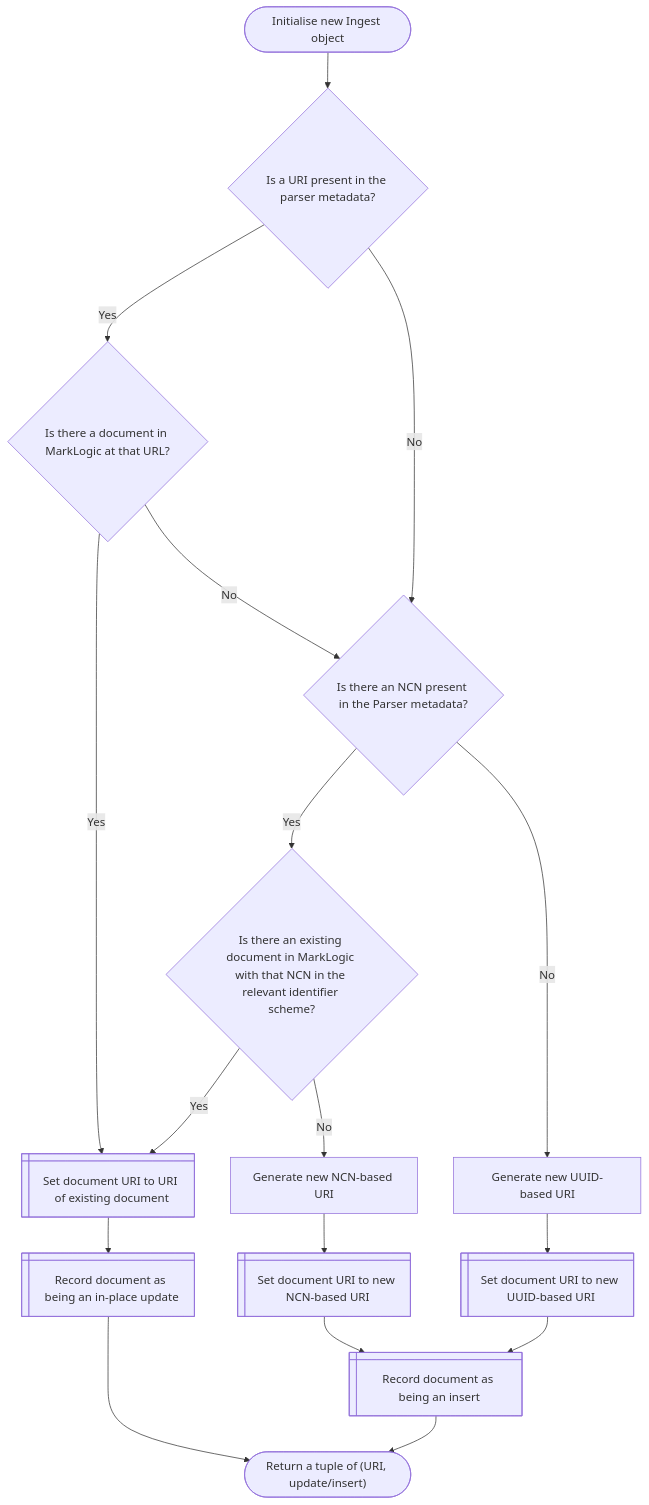
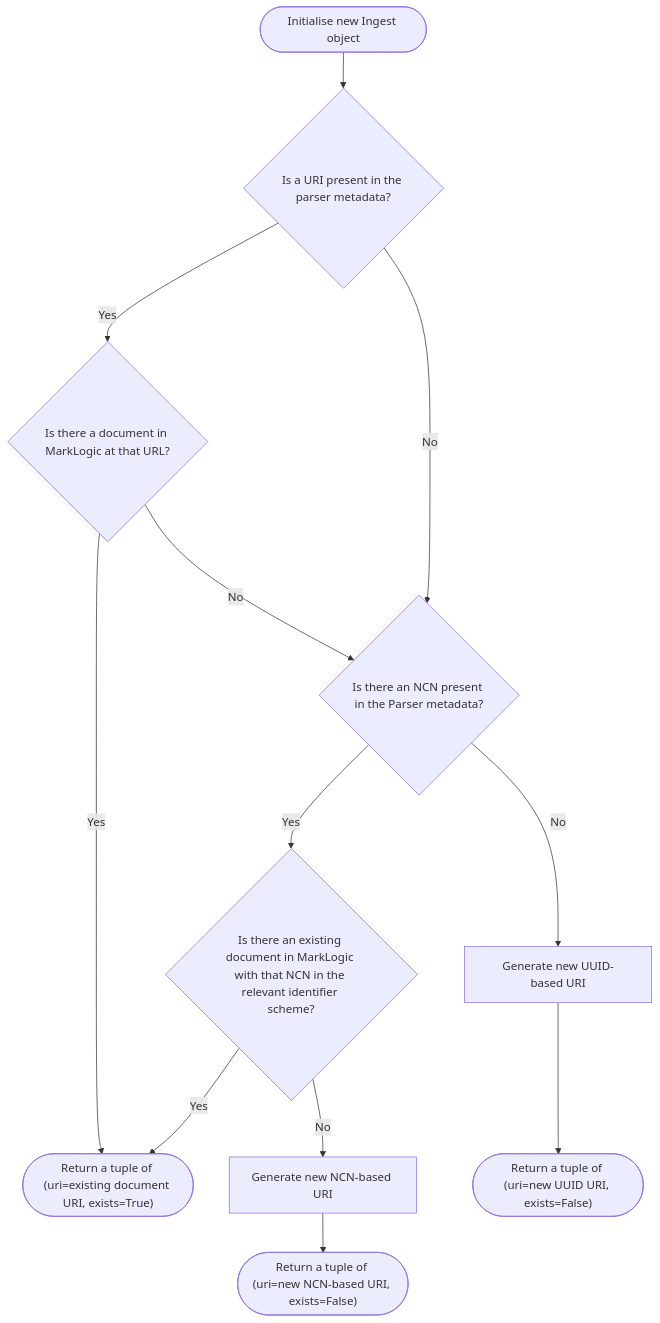
The diagram in docs/uri_logic.md (nationalarchives/ds-caselaw-ingester), drawn with Mermaid before and after one commit. The commit also changed 3 other files, not shown here.

Commit message:
Determine the location in the database that the document comes from in one place

````diff
--- a/docs/uri_logic.md
+++ b/docs/uri_logic.md
@@ -7,53 +7,43 @@
 ```mermaid
 flowchart TD
 
     INIT([Initialise new Ingest object])
 
     INIT --> URI_IN_PARSER_METADATA
 
     URI_IN_PARSER_METADATA{Is a URI present in the parser metadata?}
 
     URI_IN_PARSER_METADATA -- Yes --> EXISTING_DOCUMENT_AT_URI
 
     EXISTING_DOCUMENT_AT_URI{Is there a document in MarkLogic at that URL?}
 
     EXISTING_DOCUMENT_AT_URI -- Yes --> SET_URI_TO_EXISTING_DOC
 
-    SET_URI_TO_EXISTING_DOC --> TOGGLE_UPDATE_STATE
 
-    TOGGLE_UPDATE_STATE@{ shape: win-pane, label: "Record document as being an in-place update" }
 
     URI_IN_PARSER_METADATA -- No --> DOCUMENT_HAS_NCN
     EXISTING_DOCUMENT_AT_URI -- No --> DOCUMENT_HAS_NCN
 
     DOCUMENT_HAS_NCN{Is there an NCN present in the Parser metadata?}
 
     DOCUMENT_HAS_NCN -- Yes --> EXISTING_DOCUMENT_AT_NCN
 
     EXISTING_DOCUMENT_AT_NCN{Is there an existing document in MarkLogic with that NCN in the relevant identifier scheme?}
 
     EXISTING_DOCUMENT_AT_NCN -- Yes --> SET_URI_TO_EXISTING_DOC
 
-    SET_URI_TO_EXISTING_DOC@{ shape: win-pane, label: "Set document URI to URI of existing document" }
+    SET_URI_TO_EXISTING_DOC(["Return a tuple of (uri=existing document URI, exists=True)"])
 
     DOCUMENT_HAS_NCN -- No --> GENERATE_UUID_URI
 
     GENERATE_NCN_URI[Generate new NCN-based URI]
     GENERATE_NCN_URI --> SET_URI_TO_NCN
-    SET_URI_TO_NCN@{ shape: win-pane, label: "Set document URI to new NCN-based URI" }
-    SET_URI_TO_NCN --> TOGGLE_INSERT_STATE
+    SET_URI_TO_NCN(["Return a tuple of (uri=new NCN-based URI, exists=False)"])
 
     EXISTING_DOCUMENT_AT_NCN -- No --> GENERATE_NCN_URI
 
     GENERATE_UUID_URI[Generate new UUID-based URI]
     GENERATE_UUID_URI --> SET_URI_TO_UUID
-    SET_URI_TO_UUID@{ shape: win-pane, label: "Set document URI to new UUID-based URI" }
+    SET_URI_TO_UUID(["Return a tuple of (uri=new UUID URI, exists=False)"])
 
-    SET_URI_TO_UUID --> TOGGLE_INSERT_STATE
-    TOGGLE_INSERT_STATE@{ shape: win-pane, label: "Record document as being an insert" }
-
-    TOGGLE_UPDATE_STATE --> RETURN
-    TOGGLE_INSERT_STATE --> RETURN
-
-    RETURN(["Return a tuple of (URI, update/insert)"])
 ```
````
